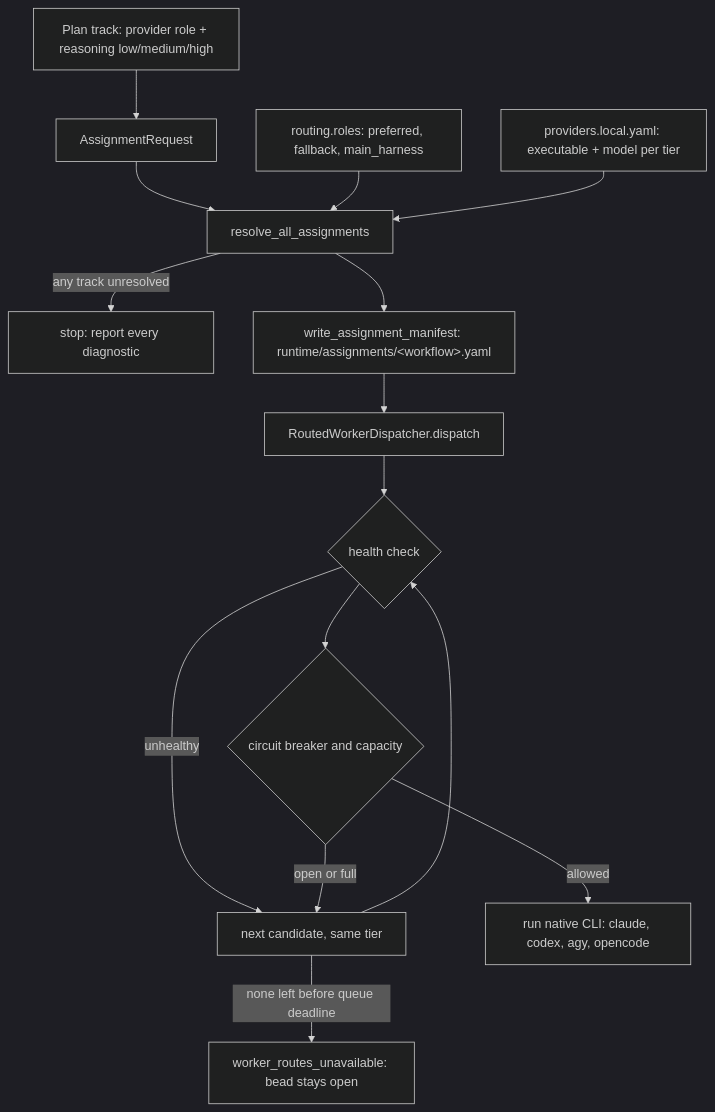
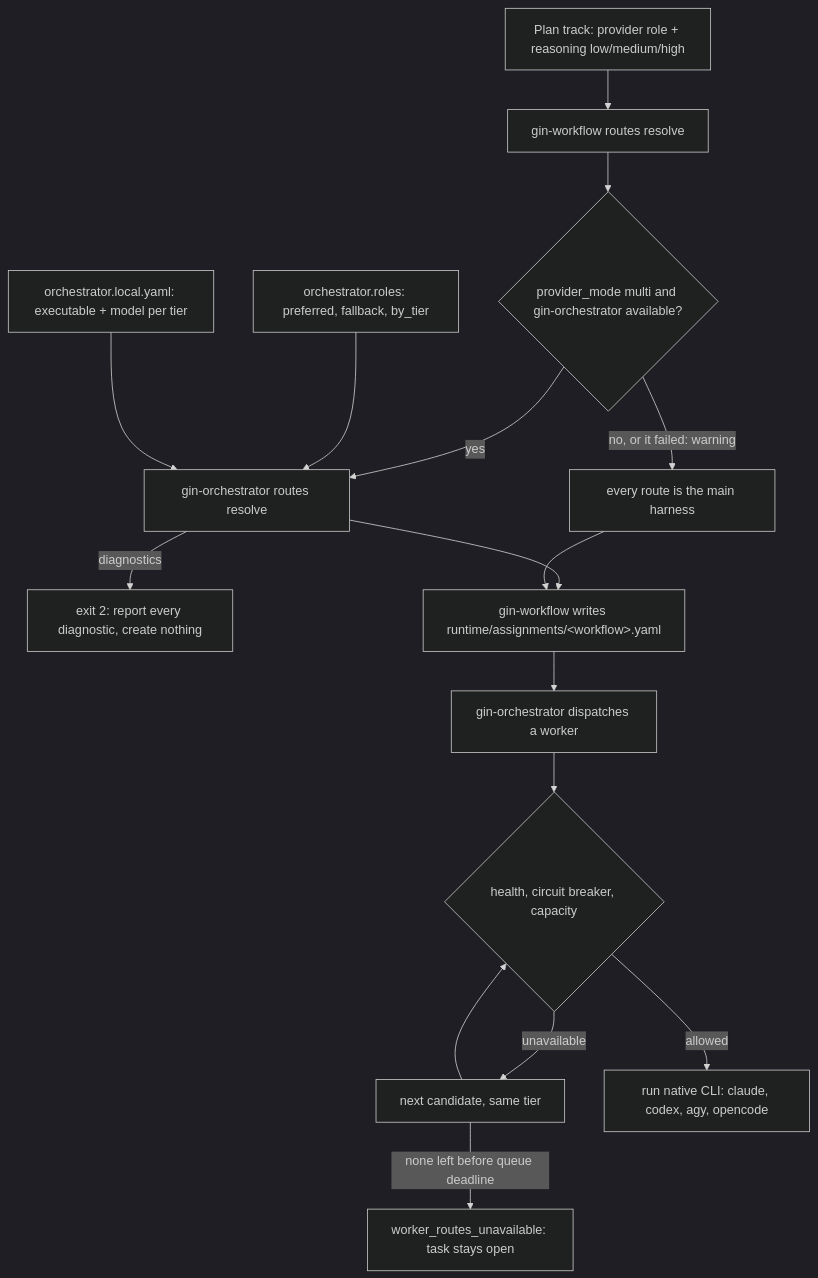
Before and after one commit to giangdhwhtbr/gin-workflow: the fourth of 6 diagrams in docs/concepts/architecture.md, drawn with Mermaid (dark theme). The commit also changed other lines of this file and 21 other files, not shown here.

First line of the commit message:
docs: describe a single-harness gin-workflow with gin-orchestrator as an extension

````diff
--- a/docs/concepts/architecture.md
+++ b/docs/concepts/architecture.md
@@ -107,17 +110,18 @@
 ```mermaid
 flowchart TD
-    T[Plan track: provider role + reasoning low/medium/high] --> Q[AssignmentRequest]
-    Q --> RA[resolve_all_assignments]
-    C1[routing.roles: preferred, fallback, main_harness] --> RA
-    C2[providers.local.yaml: executable + model per tier] --> RA
-    RA -->|any track unresolved| X[stop: report every diagnostic]
-    RA --> M[write_assignment_manifest: runtime/assignments/&lt;workflow&gt;.yaml]
-    M --> D[RoutedWorkerDispatcher.dispatch]
-    D --> H{health check}
-    H -->|unhealthy| N[next candidate, same tier]
-    H --> CB{circuit breaker and capacity}
-    CB -->|open or full| N
+    T[Plan track: provider role + reasoning low/medium/high] --> F[gin-workflow routes resolve]
+    F --> Q{provider_mode multi and gin-orchestrator available?}
+    Q -->|no, or it failed: warning| MH[every route is the main harness]
+    Q -->|yes| OR[gin-orchestrator routes resolve]
+    C1[orchestrator.roles: preferred, fallback, by_tier] --> OR
+    C2[orchestrator.local.yaml: executable + model per tier] --> OR
+    OR -->|diagnostics| X[exit 2: report every diagnostic, create nothing]
+    OR --> M[gin-workflow writes runtime/assignments/&lt;workflow&gt;.yaml]
+    MH --> M
+    M --> D[gin-orchestrator dispatches a worker]
+    D --> H{health, circuit breaker, capacity}
+    H -->|unavailable| N[next candidate, same tier]
     N --> H
-    CB -->|allowed| RUN[run native CLI: claude, codex, agy, opencode]
-    N -->|none left before queue deadline| U[worker_routes_unavailable: bead stays open]
+    H -->|allowed| RUN[run native CLI: claude, codex, agy, opencode]
+    N -->|none left before queue deadline| U[worker_routes_unavailable: task stays open]
 ```
````
